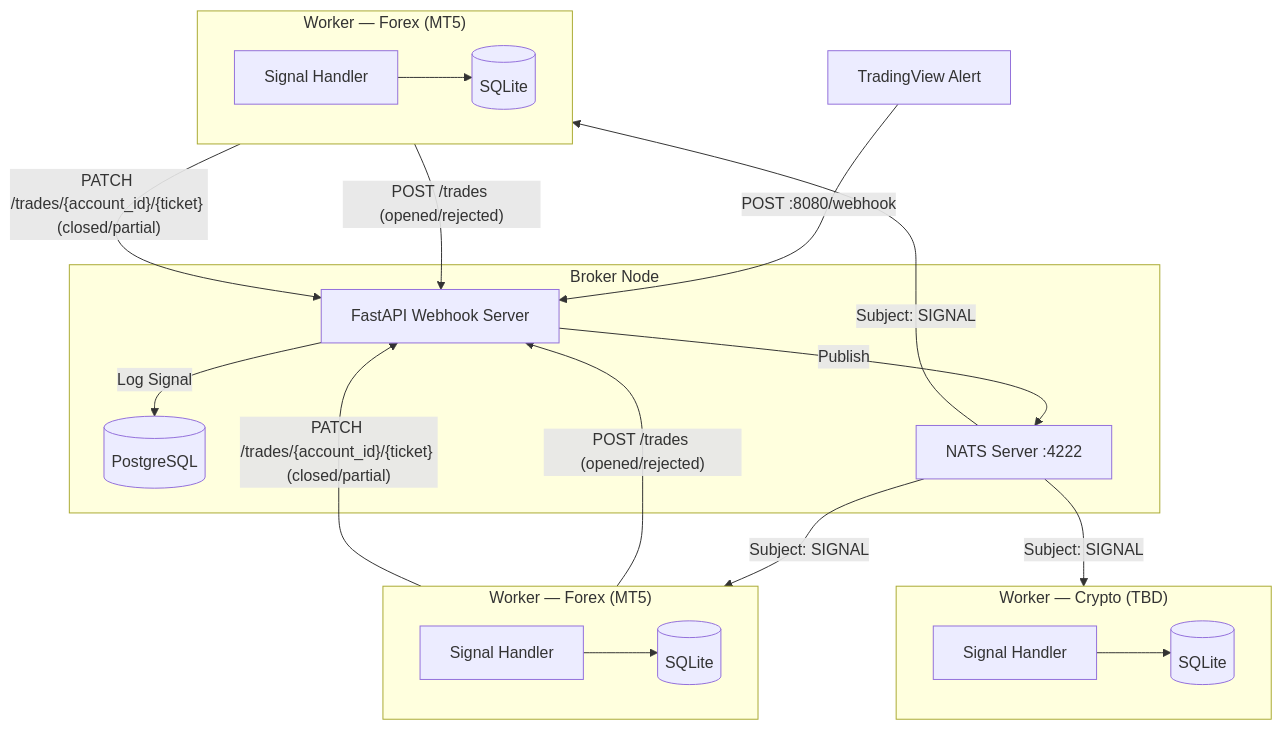
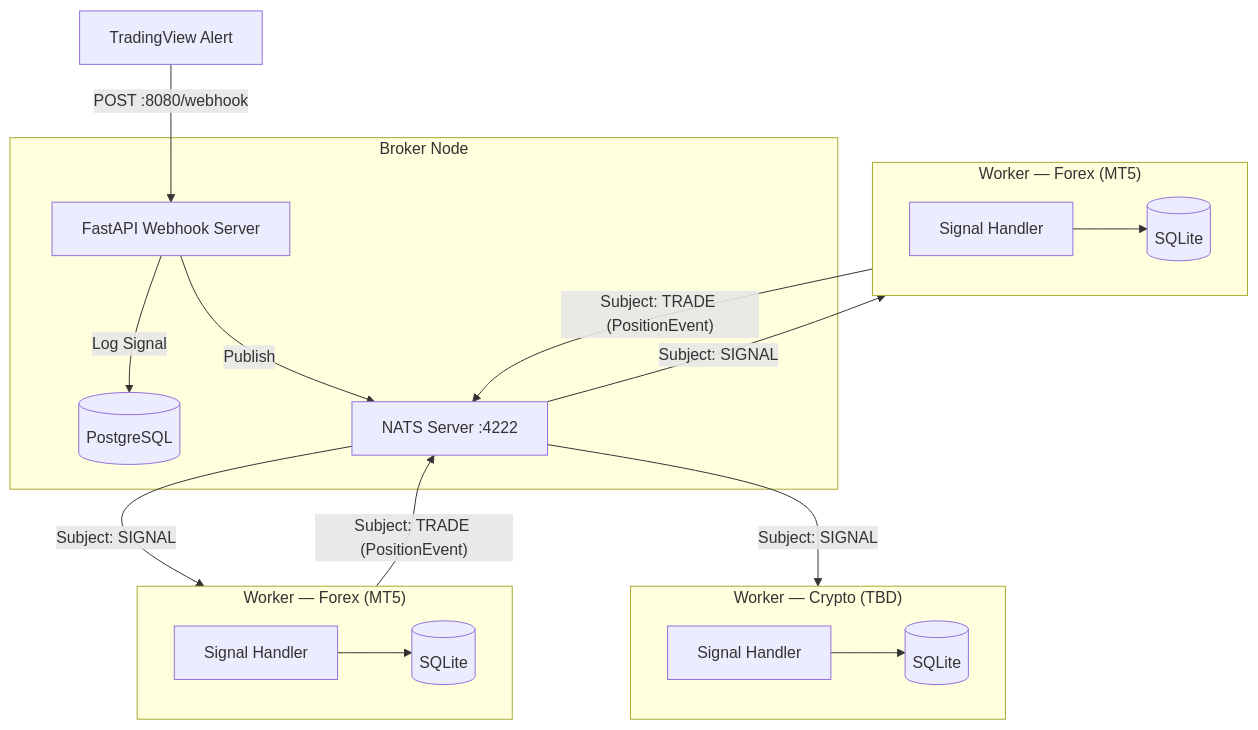
The diagram in README.md (rockingrow/algo-trading-worker), drawn with Mermaid before and after one commit. The commit also changed other lines of this file and 18 other files, not shown here.

First line of the commit message:
refactor: reorganize worker architecture and reduce module coupling

````diff
--- a/README.md
+++ b/README.md
@@ -7,27 +7,25 @@
 ```mermaid
 graph TD
     TV[TradingView Alert] -- "POST :8080/webhook" --> Broker
     subgraph "Broker Node"
         Broker[FastAPI Webhook Server]
         DB[(PostgreSQL)]
         NATS["NATS Server :4222"]
         Broker -- "Log Signal" --> DB
         Broker -- "Publish" --> NATS
     end
     NATS -- "Subject: SIGNAL" --> W1
     NATS -- "Subject: SIGNAL" --> W2
     NATS -- "Subject: SIGNAL" --> WN
     subgraph W1["Worker — Forex (MT5)"]
         W1A[Signal Handler] --> W1B[(SQLite)]
     end
     subgraph W2["Worker — Forex (MT5)"]
         W2A[Signal Handler] --> W2B[(SQLite)]
     end
     subgraph WN["Worker — Crypto (TBD)"]
         WNA[Signal Handler] --> WNB[(SQLite)]
     end
-    W1 -- "POST /trades (opened/rejected)" --> Broker
-    W1 -- "PATCH /trades/{account_id}/{ticket} (closed/partial)" --> Broker
-    W2 -- "POST /trades (opened/rejected)" --> Broker
-    W2 -- "PATCH /trades/{account_id}/{ticket} (closed/partial)" --> Broker
+    W1 -- "Subject: TRADE (PositionEvent)" --> NATS
+    W2 -- "Subject: TRADE (PositionEvent)" --> NATS
 ```
````
